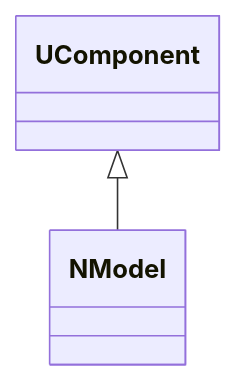
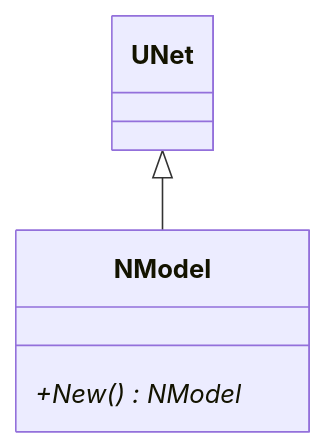
One commit to aicommunity/Nmsdk-PulseLib changed the first of 10 diagrams in Docs/Components/NModel.md. Above: the diagram before and after it, drawn with Mermaid. The commit also changed other lines of this file and 196 other files, not shown here.

````diff
--- a/Docs/Components/NModel.md
+++ b/Docs/Components/NModel.md
@@ -17,4 +15,7 @@
 ```mermaid
 classDiagram
-    UComponent <|-- NModel
+    UNet <|-- NModel
+    class NModel {
+        +New() NModel*
+    }
 ```
````
